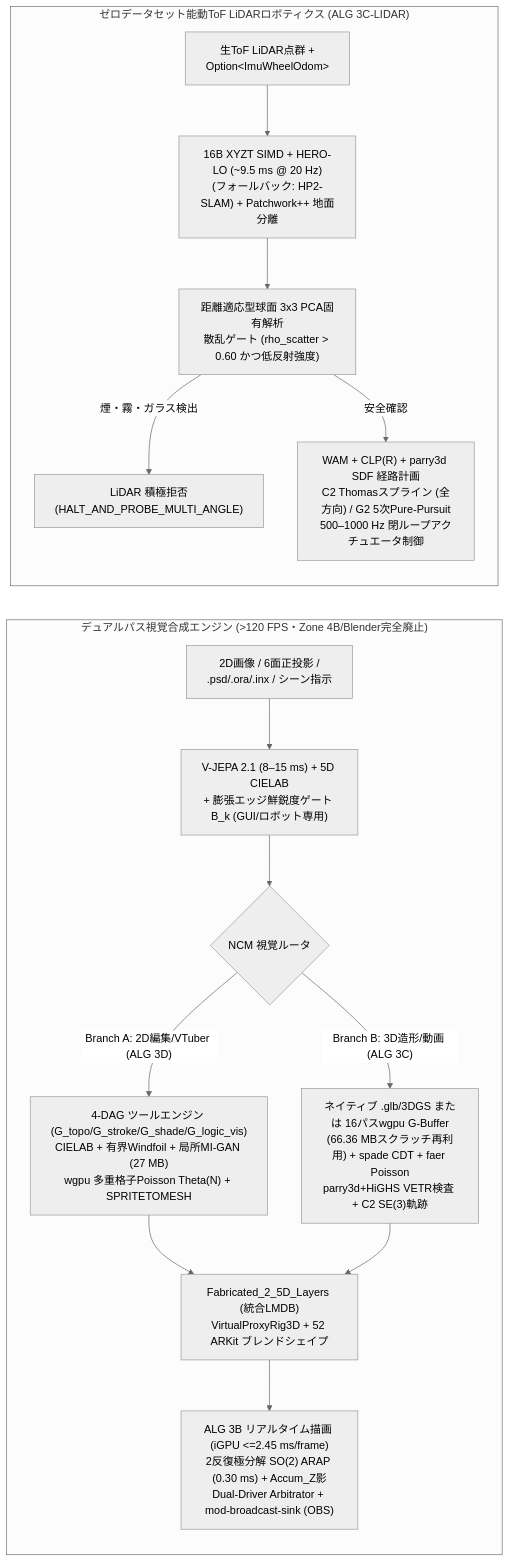
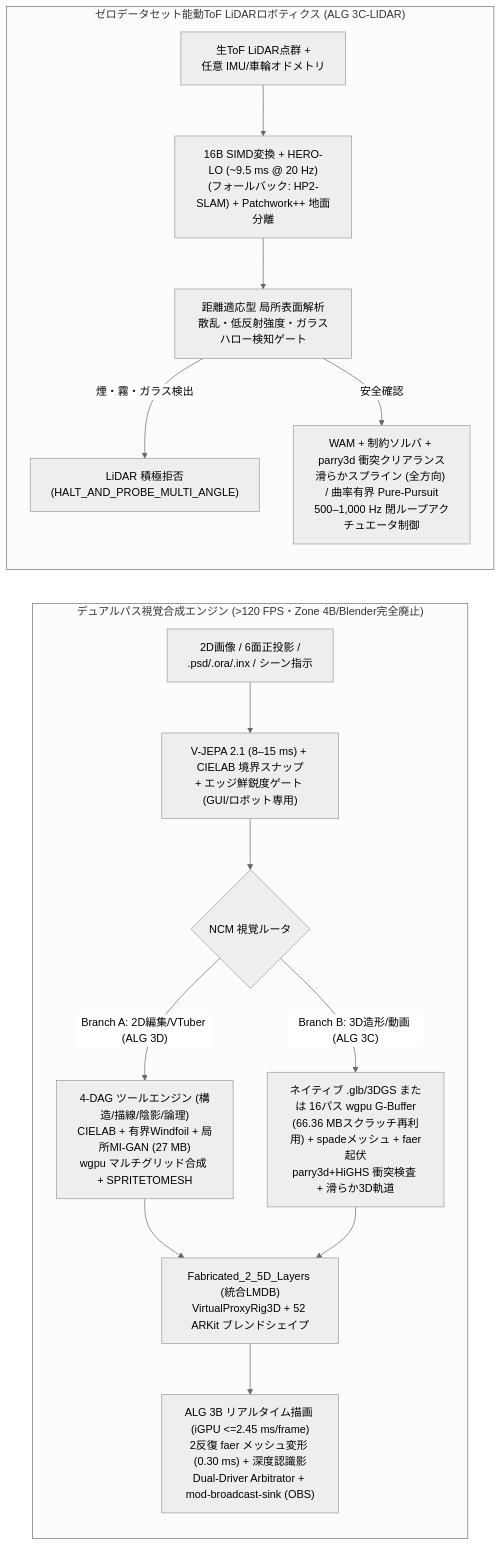
Before and after one commit to vuhoangquanhoctap-glitch/Takuma-1-Trinity: the seventh of 16 diagrams in README.md, drawn with Mermaid (neutral theme). The commit also changed other lines of this file, not shown here.

````diff
--- a/README.md
+++ b/README.md
@@ -498,19 +510,19 @@
 ```mermaid
 flowchart LR
     subgraph VIS_PIPE["デュアルパス視覚合成エンジン (>120 FPS・Zone 4B/Blender完全廃止)"]
-        VIN["2D画像 / 6面正投影 /<br/>.psd/.ora/.inx / シーン指示"] --> VPER["V-JEPA 2.1 (8–15 ms) + 5D CIELAB<br/>+ 膨張エッジ鮮鋭度ゲート B_k (GUI/ロボット専用)"]
+        VIN["2D画像 / 6面正投影 /<br/>.psd/.ora/.inx / シーン指示"] --> VPER["V-JEPA 2.1 (8–15 ms) + CIELAB 境界スナップ<br/>+ エッジ鮮鋭度ゲート (GUI/ロボット専用)"]
         VPER --> VRT{"NCM 視覚ルータ"}
-        VRT -- "Branch A: 2D編集/VTuber (ALG 3D)" --> BA["4-DAG ツールエンジン (G_topo/G_stroke/G_shade/G_logic_vis)<br/>CIELAB + 有界Windfoil + 局所MI-GAN (27 MB)<br/>wgpu 多重格子Poisson Theta(N) + SPRITETOMESH"]
-        VRT -- "Branch B: 3D造形/動画 (ALG 3C)" --> BB["ネイティブ .glb/3DGS または 16パスwgpu G-Buffer<br/>(66.36 MBスクラッチ再利用) + spade CDT + faer Poisson<br/>parry3d+HiGHS VETR検査 + C2 SE(3)軌跡"]
+        VRT -- "Branch A: 2D編集/VTuber (ALG 3D)" --> BA["4-DAG ツールエンジン (構造/描線/陰影/論理)<br/>CIELAB + 有界Windfoil + 局所MI-GAN (27 MB)<br/>wgpu マルチグリッド合成 + SPRITETOMESH"]
+        VRT -- "Branch B: 3D造形/動画 (ALG 3C)" --> BB["ネイティブ .glb/3DGS または 16パス wgpu G-Buffer<br/>(66.36 MBスクラッチ再利用) + spadeメッシュ + faer起伏<br/>parry3d+HiGHS 衝突検査 + 滑らか3D軌道"]
         BA --> LDB["Fabricated_2_5D_Layers (統合LMDB)<br/>VirtualProxyRig3D + 52 ARKit ブレンドシェイプ"]
         BB --> LDB
-        LDB --> RT["ALG 3B リアルタイム描画 (iGPU <=2.45 ms/frame)<br/>2反復極分解 SO(2) ARAP (0.30 ms) + Accum_Z影<br/>Dual-Driver Arbitrator + mod-broadcast-sink (OBS)"]
+        LDB --> RT["ALG 3B リアルタイム描画 (iGPU <=2.45 ms/frame)<br/>2反復 faer メッシュ変形 (0.30 ms) + 深度認識影<br/>Dual-Driver Arbitrator + mod-broadcast-sink (OBS)"]
     end
 
     subgraph LID_PIPE["ゼロデータセット能動ToF LiDARロボティクス (ALG 3C-LIDAR)"]
-        LIN["生ToF LiDAR点群 +<br/>Option#lt;ImuWheelOdom#gt;"] --> L1["16B XYZT SIMD + HERO-LO (~9.5 ms @ 20 Hz)<br/>(フォールバック: HP2-SLAM) + Patchwork++ 地面分離"]
-        L1 --> L2["距離適応型球面 3x3 PCA固有解析<br/>散乱ゲート (rho_scatter > 0.60 かつ低反射強度)"]
+        LIN["生ToF LiDAR点群 +<br/>任意 IMU/車輪オドメトリ"] --> L1["16B SIMD変換 + HERO-LO (~9.5 ms @ 20 Hz)<br/>(フォールバック: HP2-SLAM) + Patchwork++ 地面分離"]
+        L1 --> L2["距離適応型 局所表面解析<br/>散乱・低反射強度・ガラスハロー検知ゲート"]
         L2 -- "煙・霧・ガラス検出" --> LREF["LiDAR 積極拒否<br/>(HALT_AND_PROBE_MULTI_ANGLE)"]
-        L2 -- "安全確認" --> L3["WAM + CLP(R) + parry3d SDF 経路計画<br/>C2 Thomasスプライン (全方向) / G2 5次Pure-Pursuit<br/>500–1000 Hz 閉ループアクチュエータ制御"]
+        L2 -- "安全確認" --> L3["WAM + 制約ソルバ + parry3d 衝突クリアランス<br/>滑らかスプライン (全方向) / 曲率有界 Pure-Pursuit<br/>500–1,000 Hz 閉ループアクチュエータ制御"]
     end
 ```
````
